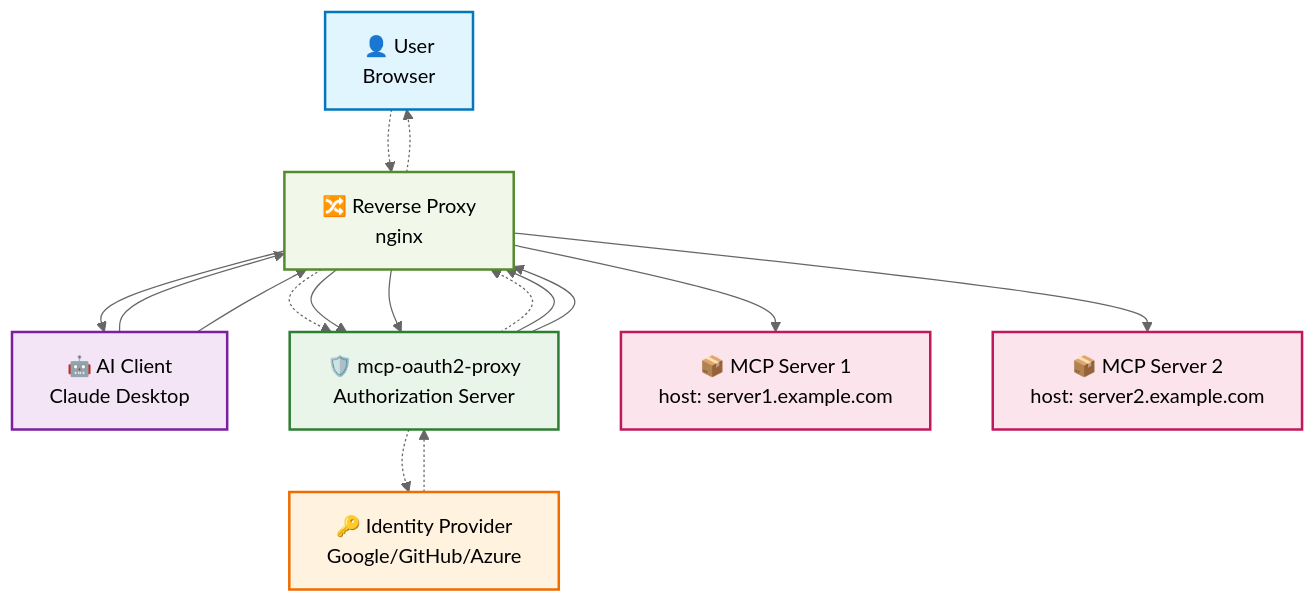
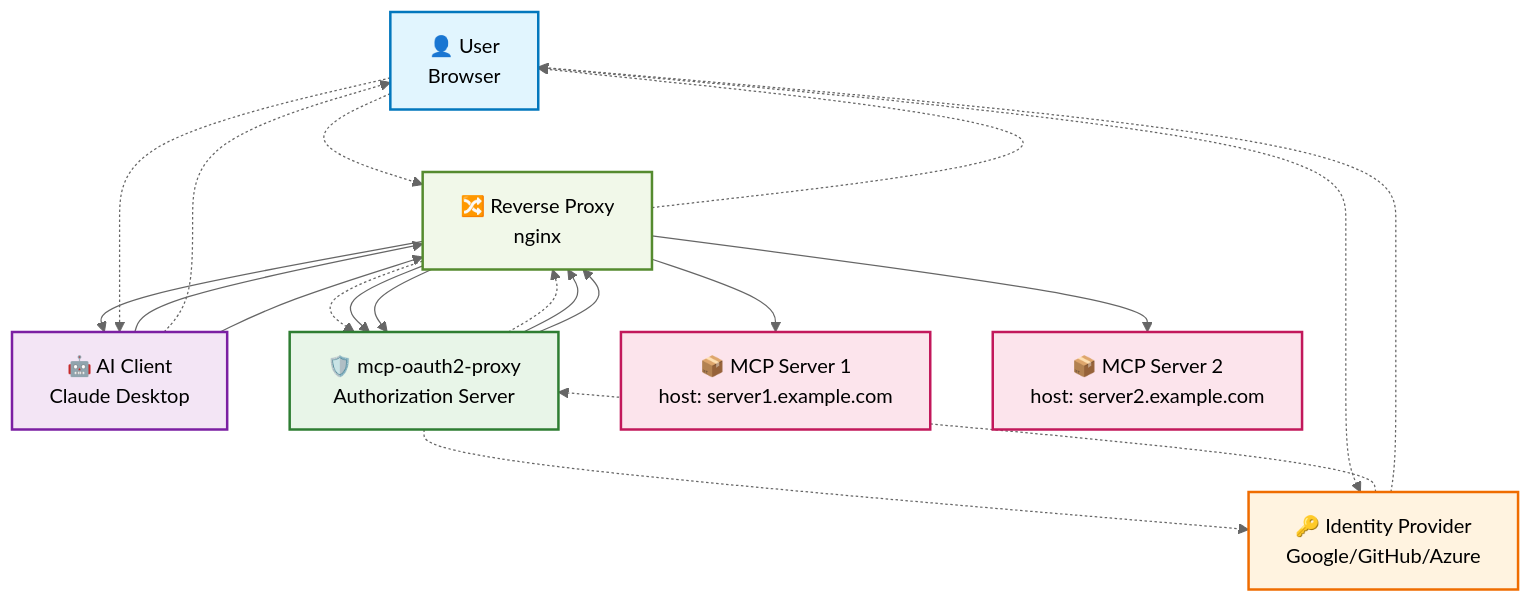
Before and after one commit to matheuscscp/mcp-oauth2-proxy: the diagram in README.md, drawn with Mermaid (neutral theme).

````diff
--- a/README.md
+++ b/README.md
@@ -12,46 +12,52 @@
 ```mermaid
 flowchart TB
     User[👤 User<br/>Browser]
     AI[🤖 AI Client<br/>Claude Desktop]
     RP[🔀 Reverse Proxy<br/>nginx]
     Proxy[🛡️ mcp-oauth2-proxy<br/>Authorization Server]
     IdP[🔑 Identity Provider<br/>Google/GitHub/Azure]
     MCP1[📦 MCP Server 1<br/>host: server1.example.com]
     MCP2[📦 MCP Server 2<br/>host: server2.example.com]
     
-    %% User OAuth Flow with IdP (via reverse proxy)
+    %% User OAuth Flow with IdP (via reverse proxy and direct)
     User -.-> RP
     RP -.-> Proxy
     Proxy -.-> IdP
     IdP -.-> Proxy
     Proxy -.-> RP
     RP -.-> User
+    User -.-> IdP
+    IdP -.-> User
     
     %% AI Client OAuth Flow with Proxy (via reverse proxy)
     AI --> RP
     RP --> Proxy
     Proxy --> RP
     RP --> AI
+    
+    %% User interacts with AI Client
+    User -.-> AI
+    AI -.-> User
     
     %% MCP Server Access (via reverse proxy with auth)
     AI --> RP
     RP --> Proxy
     Proxy --> RP
     RP --> MCP1
     RP --> MCP2
     
     %% Styling
     classDef userStyle fill:#e1f5fe,stroke:#0277bd,stroke-width:2px
     classDef aiStyle fill:#f3e5f5,stroke:#7b1fa2,stroke-width:2px
     classDef proxyStyle fill:#e8f5e8,stroke:#2e7d32,stroke-width:2px
     classDef idpStyle fill:#fff3e0,stroke:#ef6c00,stroke-width:2px
     classDef mcpStyle fill:#fce4ec,stroke:#c2185b,stroke-width:2px
     classDef rpStyle fill:#f1f8e9,stroke:#558b2f,stroke-width:2px
     
     class User userStyle
     class AI aiStyle
     class Proxy proxyStyle
     class IdP idpStyle
     class MCP1,MCP2 mcpStyle
     class RP rpStyle
 ```
````
